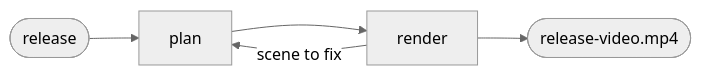
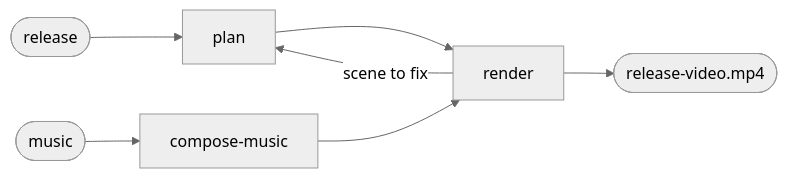
The diagram in .claude/skills/release-video/SKILL.md (ai-driven-dev/framework), drawn with Mermaid (neutral theme) before and after one commit. The commit also changed other lines of this file and 22 other files, not shown here.

````diff
--- a/.claude/skills/release-video/SKILL.md
+++ b/.claude/skills/release-video/SKILL.md
@@ -9,5 +9,6 @@
 ```mermaid
 flowchart LR
   source([release]) --> plan --> render --> done([release-video.mp4])
   render -->|"scene to fix"| plan
+  track([music]) --> compose-music --> render
 ```
````
